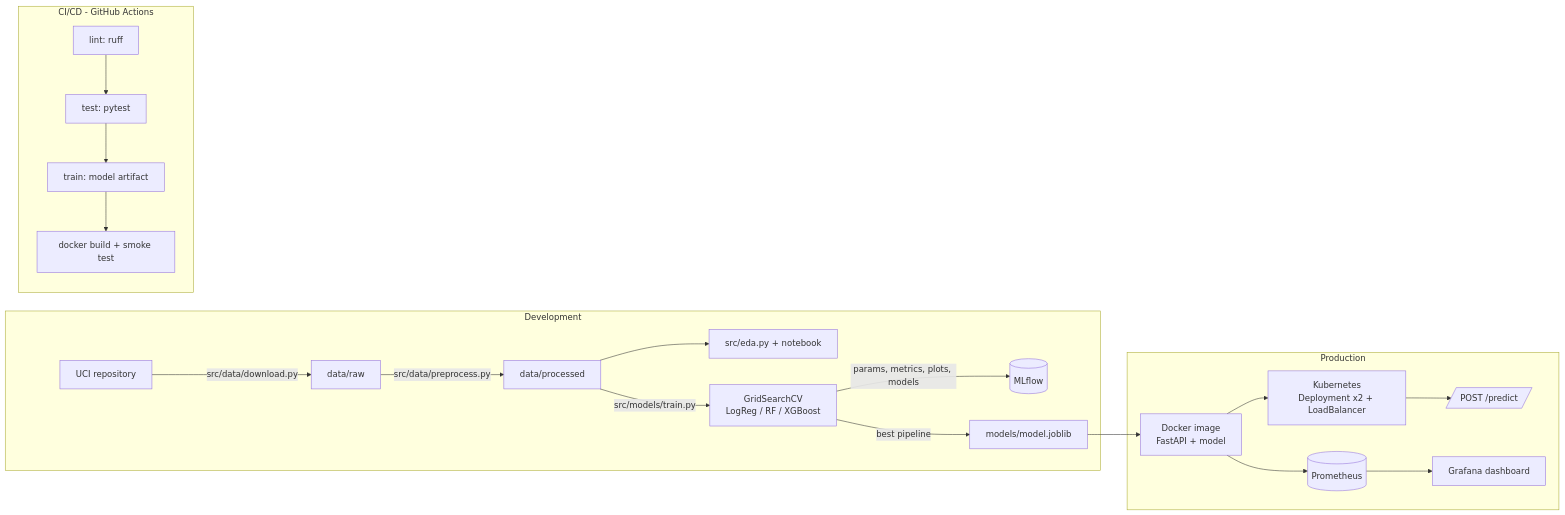
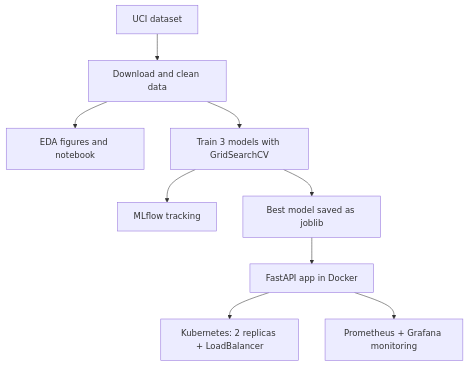
The diagram in docs/REPORT.md (rajsingha/heart-disease-mlops), drawn with Mermaid before and after one commit. The commit also changed other lines of this file and 1 other file, not shown here.

Commit message:
Simplify report wording and architecture diagram

````diff
--- a/docs/REPORT.md
+++ b/docs/REPORT.md
@@ -35,22 +23,11 @@
 ```mermaid
-flowchart LR
-    subgraph Development
-        A[UCI repository] -->|src/data/download.py| B[data/raw]
-        B -->|src/data/preprocess.py| C[data/processed]
-        C --> D[src/eda.py + notebook]
-        C -->|src/models/train.py| E[GridSearchCV<br/>LogReg / RF / XGBoost]
-        E -->|params, metrics, plots, models| F[(MLflow)]
-        E -->|best pipeline| G[models/model.joblib]
-    end
-    subgraph CI/CD - GitHub Actions
-        H[lint: ruff] --> I[test: pytest]
-        I --> J[train: model artifact]
-        J --> K[docker build + smoke test]
-    end
-    subgraph Production
-        G --> L[Docker image<br/>FastAPI + model]
-        L --> M[Kubernetes<br/>Deployment x2 + LoadBalancer]
-        M --> N[/POST /predict/]
-        L --> O[(Prometheus)] --> P[Grafana dashboard]
-    end
+flowchart TD
+    A[UCI dataset] --> B[Download and clean data]
+    B --> C[EDA figures and notebook]
+    B --> D[Train 3 models with GridSearchCV]
+    D --> E[MLflow tracking]
+    D --> F[Best model saved as joblib]
+    F --> G[FastAPI app in Docker]
+    G --> H[Kubernetes: 2 replicas + LoadBalancer]
+    G --> I[Prometheus + Grafana monitoring]
 ```
````
